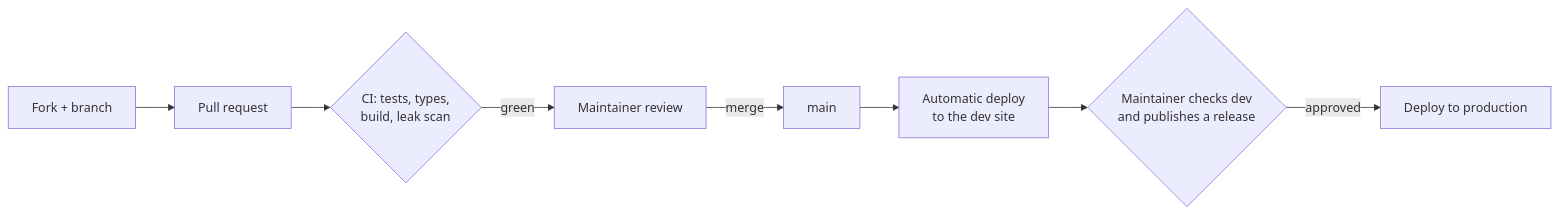
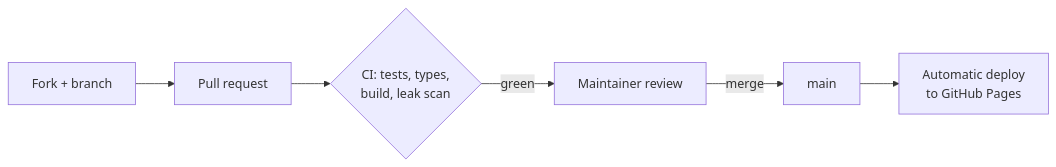
One commit to TheLazyGeekGuy/bcr32-studio changed the diagram in CONTRIBUTING.md. Above: the diagram before and after it, drawn with Mermaid. The commit also changed other lines of this file and 14 other files, not shown here.

First line of the commit message:
GitHub Pages deployment, README screenshot and live URL

````diff
--- a/CONTRIBUTING.md
+++ b/CONTRIBUTING.md
@@ -8,10 +8,8 @@
 ```mermaid
 flowchart LR
   A[Fork + branch] --> B[Pull request]
   B --> C{CI: tests, types,\nbuild, leak scan}
   C -->|green| D[Maintainer review]
   D -->|merge| E[main]
-  E --> F[Automatic deploy\nto the dev site]
-  F --> G{Maintainer checks dev\nand publishes a release}
-  G -->|approved| H[Deploy to production]
+  E --> F[Automatic deploy\nto GitHub Pages]
 ```
````
